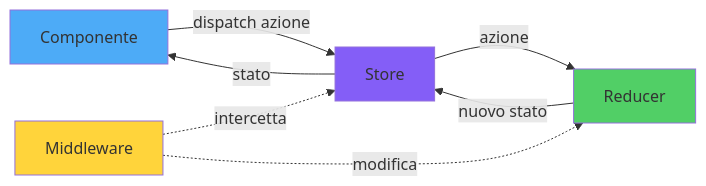
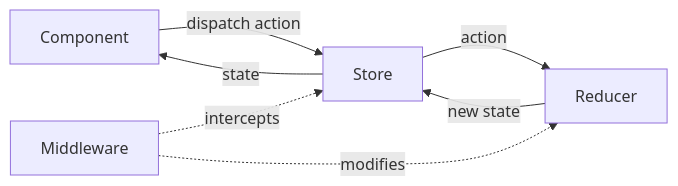
The fourth of 7 diagrams in arguments/chapters/it/06-state-management.md (BabaScience/react-guides), drawn with Mermaid before and after one commit. The commit also changed other lines of this file and 29 other files, not shown here.

First line of the commit message:
Bring React FR/IT translations to full English parity + theme-safe diagrams

````diff
--- a/arguments/chapters/it/06-state-management.md
+++ b/arguments/chapters/it/06-state-management.md
@@ -191,15 +938,11 @@
 ```mermaid
 graph LR
-    A["Componente"] -->|dispatch azione| B["Store"]
-    B -->|azione| C["Reducer"]
-    C -->|nuovo stato| B
-    B -->|stato| A
-
-    D["Middleware"] -.intercetta.-> B
-    D -.modifica.-> C
-
-    style A fill:#4dabf7
-    style B fill:#845ef7
-    style C fill:#51cf66
-    style D fill:#ffd43b
+    A[Component] -->|dispatch action| B[Store]
+    B -->|action| C[Reducer]
+    C -->|new state| B
+    B -->|state| A
+    
+    D[Middleware] -.intercepts.-> B
+    D -.modifies.-> C
+    
 ```
````
